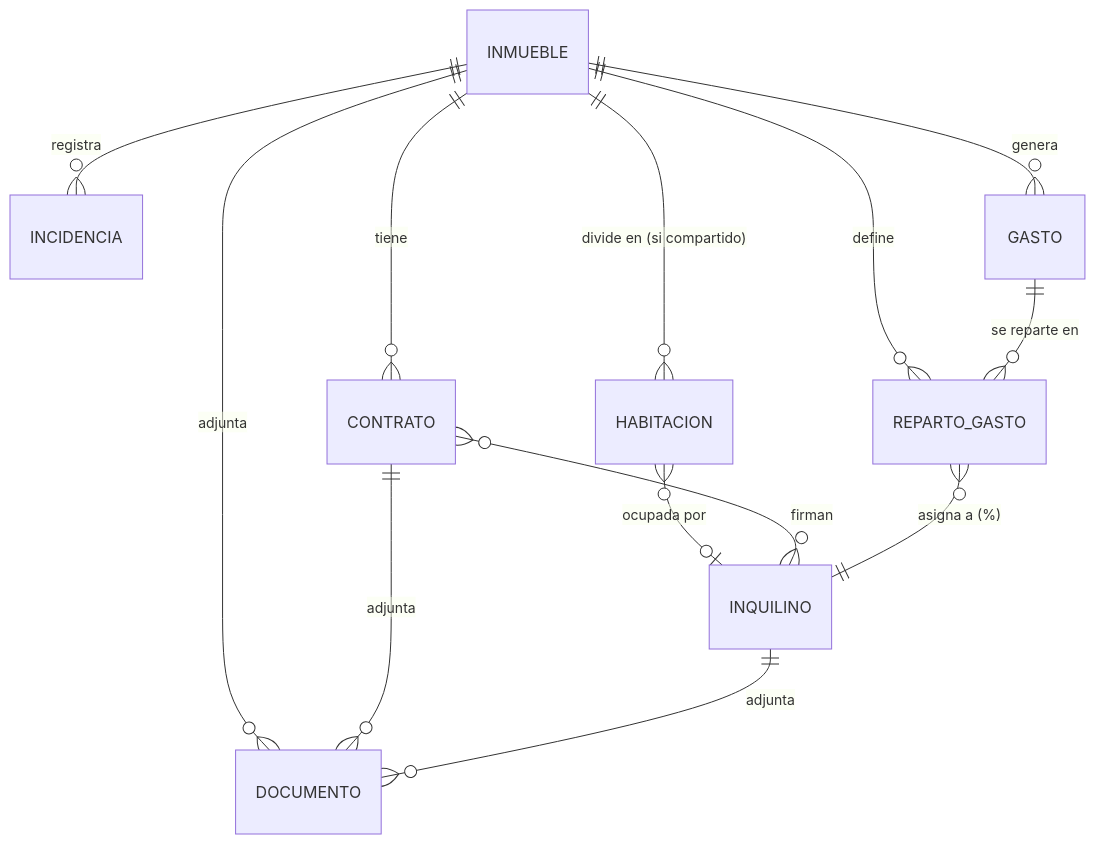
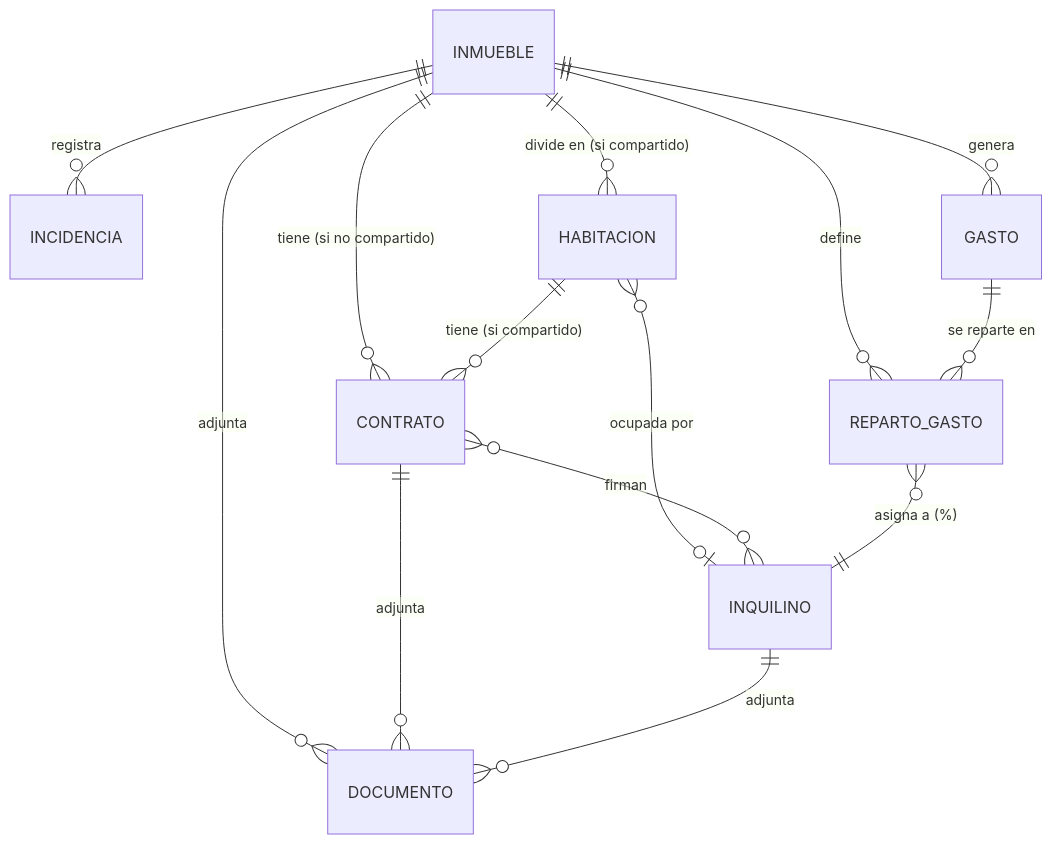
The second of 2 diagrams in docs/design/diseno-tecnico-funcional.md (naparito/Arantxator-flat-admin), drawn with Mermaid before and after one commit. The commit also changed other lines of this file and 1 other file, not shown here.

First line of the commit message:
Cierra la decisión Contrato ↔ Habitación de cara al Hito 3

````diff
--- a/docs/design/diseno-tecnico-funcional.md
+++ b/docs/design/diseno-tecnico-funcional.md
@@ -240,15 +275,16 @@
 ```mermaid
 erDiagram
-    INMUEBLE ||--o{ CONTRATO : tiene
+    INMUEBLE ||--o{ CONTRATO : "tiene (si no compartido)"
     INMUEBLE ||--o{ INCIDENCIA : registra
     INMUEBLE ||--o{ GASTO : genera
     INMUEBLE ||--o{ REPARTO_GASTO : define
     INMUEBLE ||--o{ HABITACION : "divide en (si compartido)"
     HABITACION }o--o| INQUILINO : "ocupada por"
+    HABITACION ||--o{ CONTRATO : "tiene (si compartido)"
     CONTRATO }o--o{ INQUILINO : firman
     GASTO ||--o{ REPARTO_GASTO : "se reparte en"
     REPARTO_GASTO }o--|| INQUILINO : "asigna a (%)"
     INMUEBLE ||--o{ DOCUMENTO : adjunta
     CONTRATO ||--o{ DOCUMENTO : adjunta
     INQUILINO ||--o{ DOCUMENTO : adjunta
 ```
````
